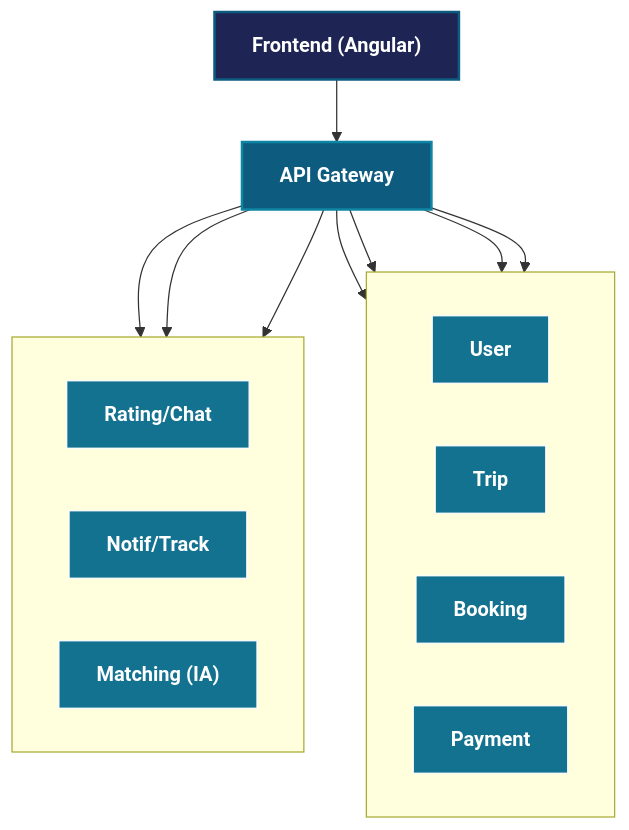
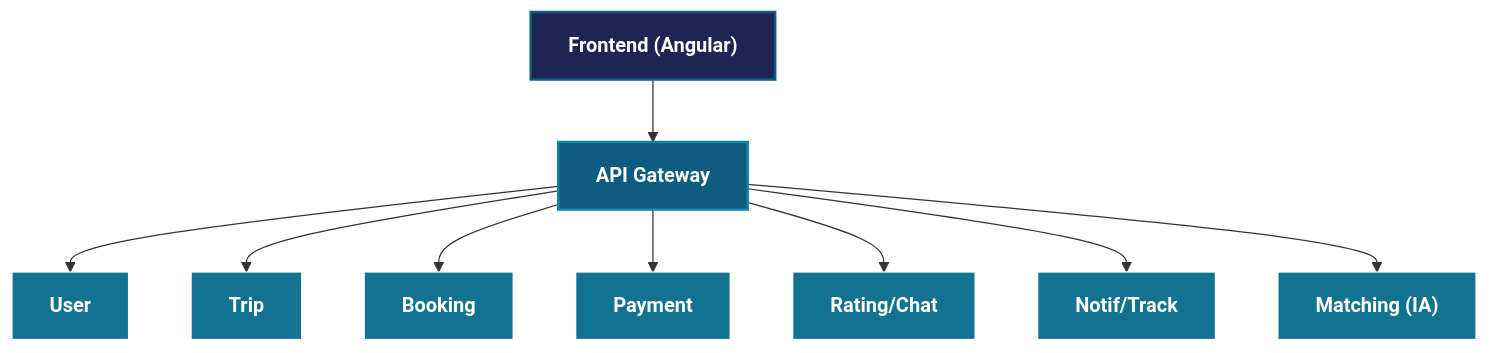
The diagram in Documentation/Diagrams/Architecture_Globale.mermaid (Baccari-ibtihel/SmartRide), drawn with Mermaid before and after one commit.

Commit message:
docs: simplify Architecture_Globale.mermaid diagram structure without subgraph boxes

```diff
--- a/Documentation/Diagrams/Architecture_Globale.mermaid
+++ b/Documentation/Diagrams/Architecture_Globale.mermaid
@@ -1,32 +1,26 @@
 graph TD
     classDef frontend fill:#1e2454,stroke:#0d5c80,stroke-width:2px,color:#ffffff,font-weight:bold;
     classDef gateway fill:#0d5c80,stroke:#0e85a3,stroke-width:2px,color:#ffffff,font-weight:bold;
     classDef service fill:#147291,stroke:#ffffff,stroke-width:1px,color:#ffffff,font-weight:bold;
 
     Frontend["Frontend (Angular)"]:::frontend
     Gateway["API Gateway"]:::gateway
 
-    subgraph Row1 [" "]
-        direction LR
-        User["User"]:::service
-        Trip["Trip"]:::service
-        Booking["Booking"]:::service
-        Payment["Payment"]:::service
-    end
+    User["User"]:::service
+    Trip["Trip"]:::service
+    Booking["Booking"]:::service
+    Payment["Payment"]:::service
 
-    subgraph Row2 [" "]
-        direction LR
-        RatingChat["Rating/Chat"]:::service
-        NotifTrack["Notif/Track"]:::service
-        MatchingIA["Matching (IA)"]:::service
-    end
+    RatingChat["Rating/Chat"]:::service
+    NotifTrack["Notif/Track"]:::service
+    MatchingIA["Matching (IA)"]:::service
 
     Frontend --> Gateway
 
     Gateway --> User
     Gateway --> Trip
     Gateway --> Booking
     Gateway --> Payment
     Gateway --> RatingChat
     Gateway --> NotifTrack
     Gateway --> MatchingIA
```
